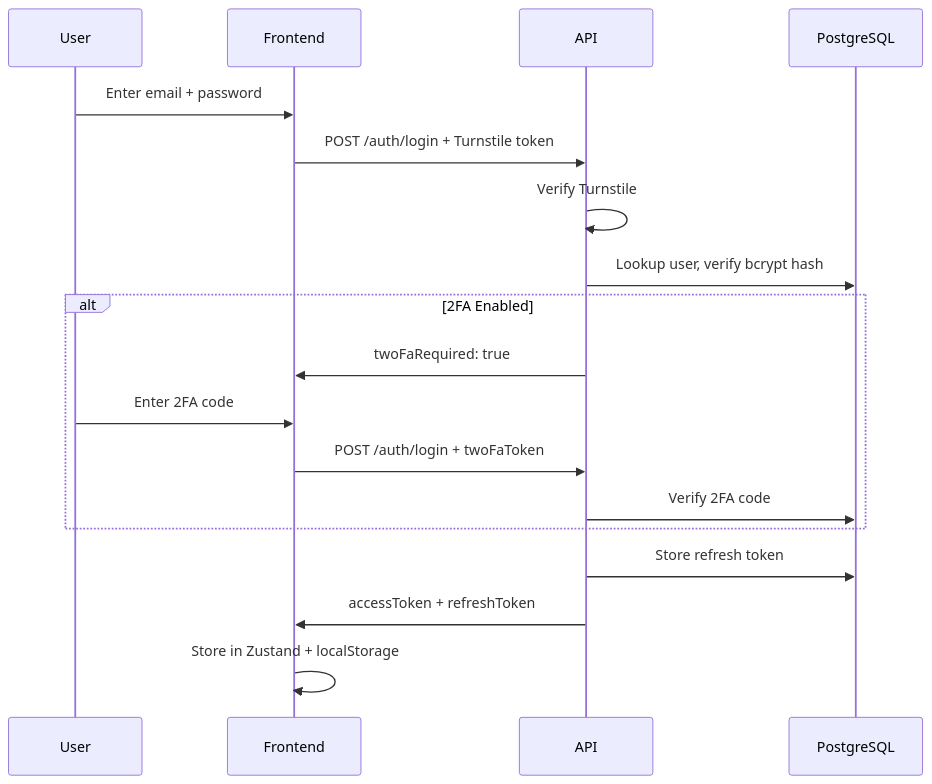
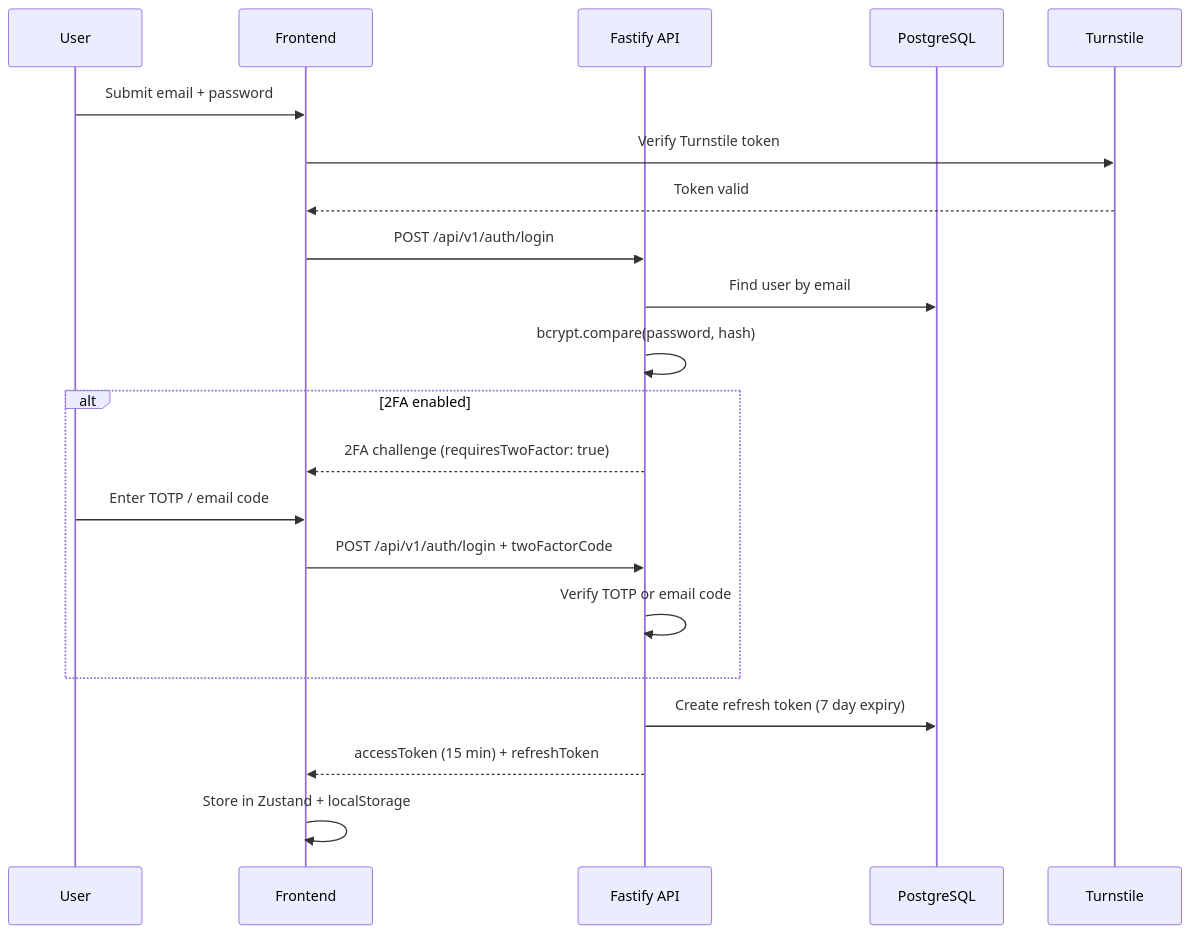
Before and after one commit to SM-Web-Systems/stellar-wallet: the second of 5 diagrams in docs/ARCHITECTURE.md, drawn with Mermaid. The commit also changed other lines of this file and 5 other files, not shown here.

First line of the commit message:
docs: update README, architecture, API, MoSCoW, deployment, and FAQ

````diff
--- a/docs/ARCHITECTURE.md
+++ b/docs/ARCHITECTURE.md
@@ -17,21 +21,24 @@
 ```mermaid
 sequenceDiagram
     participant U as User
     participant F as Frontend
-    participant A as API
-    participant DB as PostgreSQL
+    participant A as Fastify API
+    participant D as PostgreSQL
+    participant T as Turnstile
 
-    U->>F: Enter email + password
-    F->>A: POST /auth/login + Turnstile token
-    A->>A: Verify Turnstile
-    A->>DB: Lookup user, verify bcrypt hash
-    alt 2FA Enabled
-        A->>F: twoFaRequired: true
-        U->>F: Enter 2FA code
-        F->>A: POST /auth/login + twoFaToken
-        A->>DB: Verify 2FA code
+    U->>F: Submit email + password
+    F->>T: Verify Turnstile token
+    T-->>F: Token valid
+    F->>A: POST /api/v1/auth/login
+    A->>D: Find user by email
+    A->>A: bcrypt.compare(password, hash)
+    alt 2FA enabled
+        A-->>F: 2FA challenge (requiresTwoFactor: true)
+        U->>F: Enter TOTP / email code
+        F->>A: POST /api/v1/auth/login + twoFactorCode
+        A->>A: Verify TOTP or email code
     end
-    A->>DB: Store refresh token
-    A->>F: accessToken + refreshToken
+    A->>D: Create refresh token (7 day expiry)
+    A-->>F: accessToken (15 min) + refreshToken
     F->>F: Store in Zustand + localStorage
 ```
````
